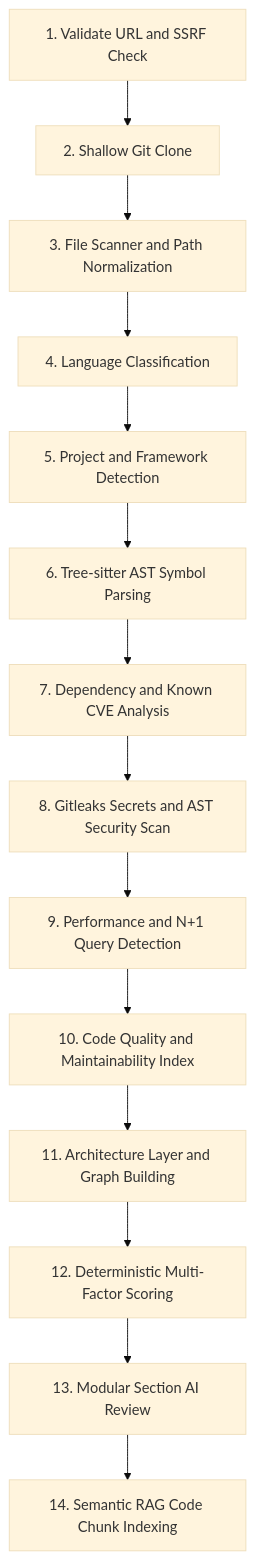
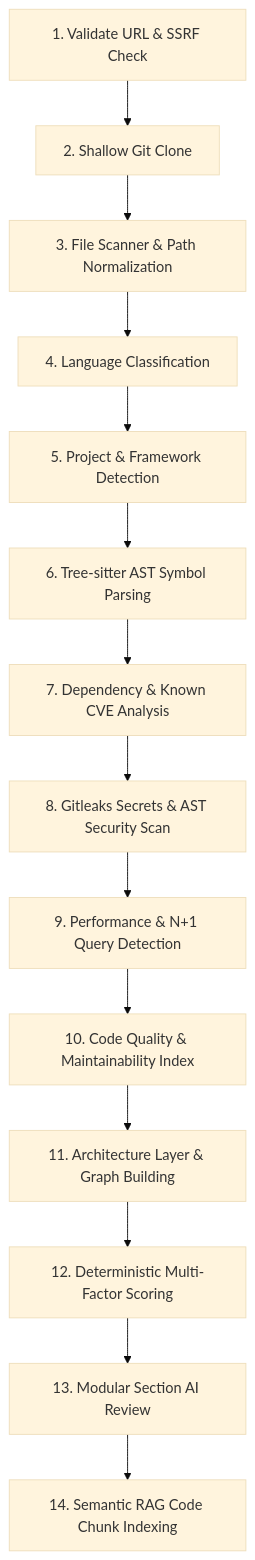
The fourth of 4 diagrams in README.md (Berkan0535/-CodeXray), drawn with Mermaid (base theme) before and after one commit. The commit also changed other lines of this file, not shown here.

Commit message:
fix(docs): simplify Mermaid diagrams to universal graph TD syntax for seamless GitHub rendering

````diff
--- a/README.md
+++ b/README.md
@@ -212,19 +209,16 @@
 ```mermaid
-flowchart TD
-    S1["1. Validate URL and SSRF Check"]
-    S2["2. Shallow Git Clone"]
-    S3["3. File Scanner and Path Normalization"]
-    S4["4. Language Classification"]
-    S5["5. Project and Framework Detection"]
-    S6["6. Tree-sitter AST Symbol Parsing"]
-    S7["7. Dependency and Known CVE Analysis"]
-    S8["8. Gitleaks Secrets and AST Security Scan"]
-    S9["9. Performance and N+1 Query Detection"]
-    S10["10. Code Quality and Maintainability Index"]
-    S11["11. Architecture Layer and Graph Building"]
-    S12["12. Deterministic Multi-Factor Scoring"]
-    S13["13. Modular Section AI Review"]
-    S14["14. Semantic RAG Code Chunk Indexing"]
-
-    S1 --> S2 --> S3 --> S4 --> S5 --> S6 --> S7 --> S8 --> S9 --> S10 --> S11 --> S12 --> S13 --> S14
+graph TD
+    S1["1. Validate URL & SSRF Check"] --> S2["2. Shallow Git Clone"]
+    S2 --> S3["3. File Scanner & Path Normalization"]
+    S3 --> S4["4. Language Classification"]
+    S4 --> S5["5. Project & Framework Detection"]
+    S5 --> S6["6. Tree-sitter AST Symbol Parsing"]
+    S6 --> S7["7. Dependency & Known CVE Analysis"]
+    S7 --> S8["8. Gitleaks Secrets & AST Security Scan"]
+    S8 --> S9["9. Performance & N+1 Query Detection"]
+    S9 --> S10["10. Code Quality & Maintainability Index"]
+    S10 --> S11["11. Architecture Layer & Graph Building"]
+    S11 --> S12["12. Deterministic Multi-Factor Scoring"]
+    S12 --> S13["13. Modular Section AI Review"]
+    S13 --> S14["14. Semantic RAG Code Chunk Indexing"]
 ```
````
